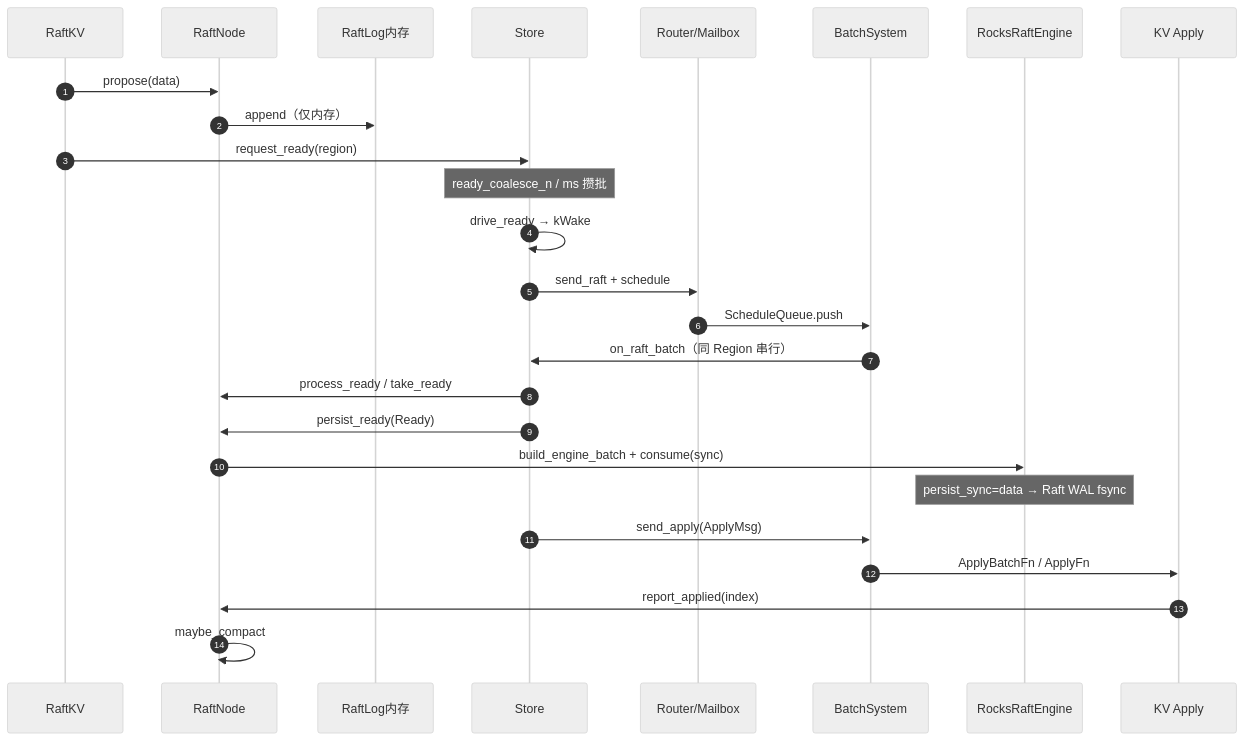
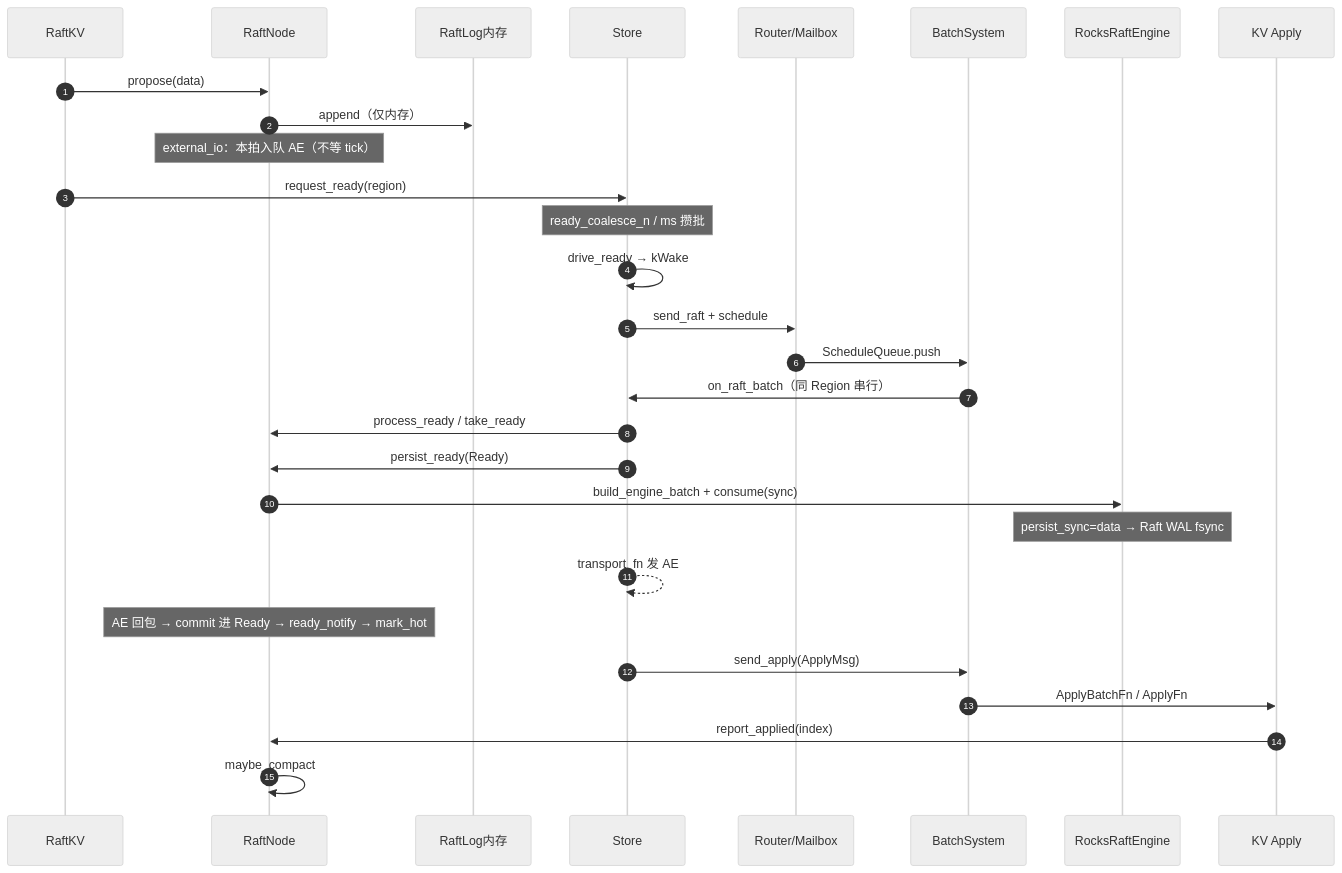
Before and after one commit to devotionalist/openkv: the second of 5 diagrams in docs/flows/35-raft-module-call-flows.md, drawn with Mermaid (neutral theme). The commit also changed other lines of this file and 42 other files, not shown here.

````diff
--- a/docs/flows/35-raft-module-call-flows.md
+++ b/docs/flows/35-raft-module-call-flows.md
@@ -83,29 +83,32 @@
 ```mermaid
 sequenceDiagram
   autonumber
   participant KV as RaftKV
   participant RN as RaftNode
   participant Log as RaftLog内存
   participant St as Store
   participant RT as Router/Mailbox
   participant BS as BatchSystem
   participant Eng as RocksRaftEngine
   participant FSM as KV Apply
 
   KV->>RN: propose(data)
   RN->>Log: append（仅内存）
+  Note over RN: external_io：本拍入队 AE（不等 tick）
   KV->>St: request_ready(region)
   Note over St: ready_coalesce_n / ms 攒批
   St->>St: drive_ready → kWake
   St->>RT: send_raft + schedule
   RT->>BS: ScheduleQueue.push
   BS->>St: on_raft_batch（同 Region 串行）
   St->>RN: process_ready / take_ready
   St->>RN: persist_ready(Ready)
   RN->>Eng: build_engine_batch + consume(sync)
   Note over Eng: persist_sync=data → Raft WAL fsync
+  St-->>St: transport_fn 发 AE
+  Note over RN: AE 回包 → commit 进 Ready → ready_notify → mark_hot
   St->>BS: send_apply(ApplyMsg)
   BS->>FSM: ApplyBatchFn / ApplyFn
   FSM->>RN: report_applied(index)
   RN->>RN: maybe_compact
 ```
````
